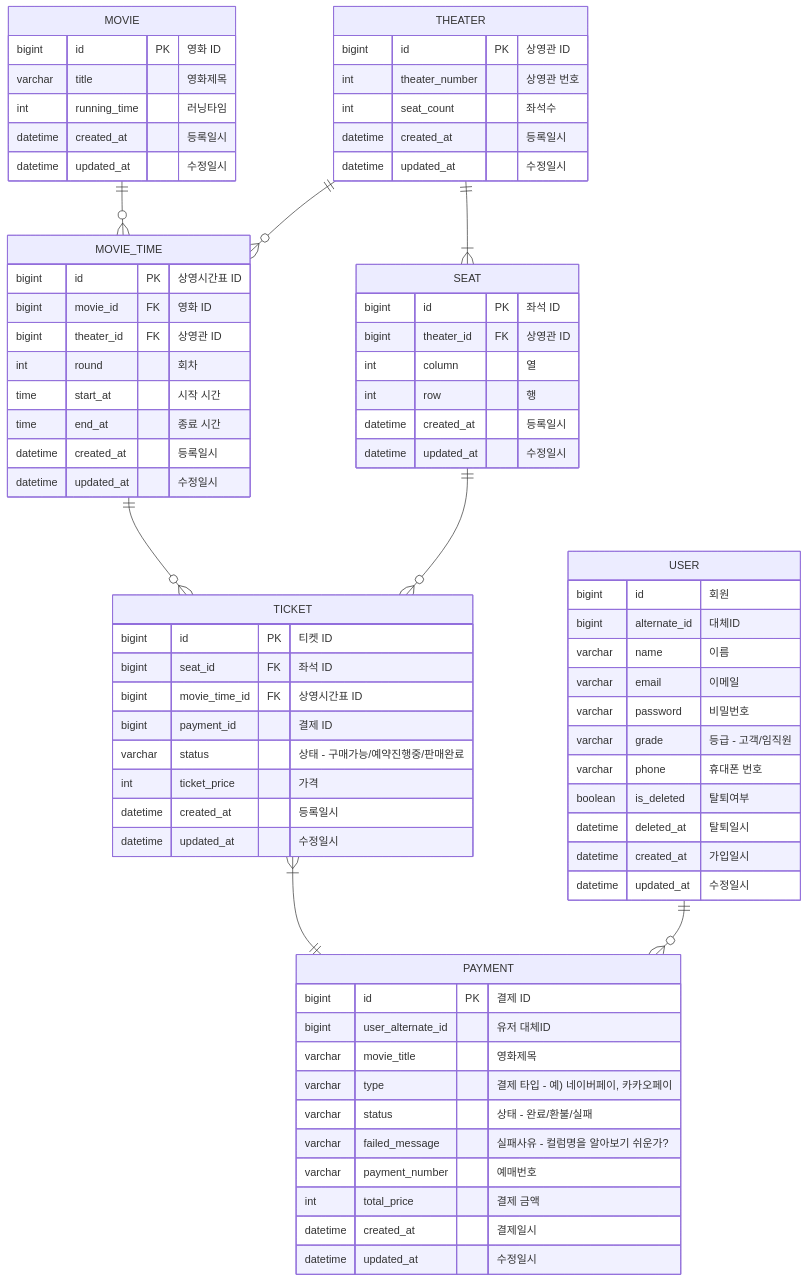
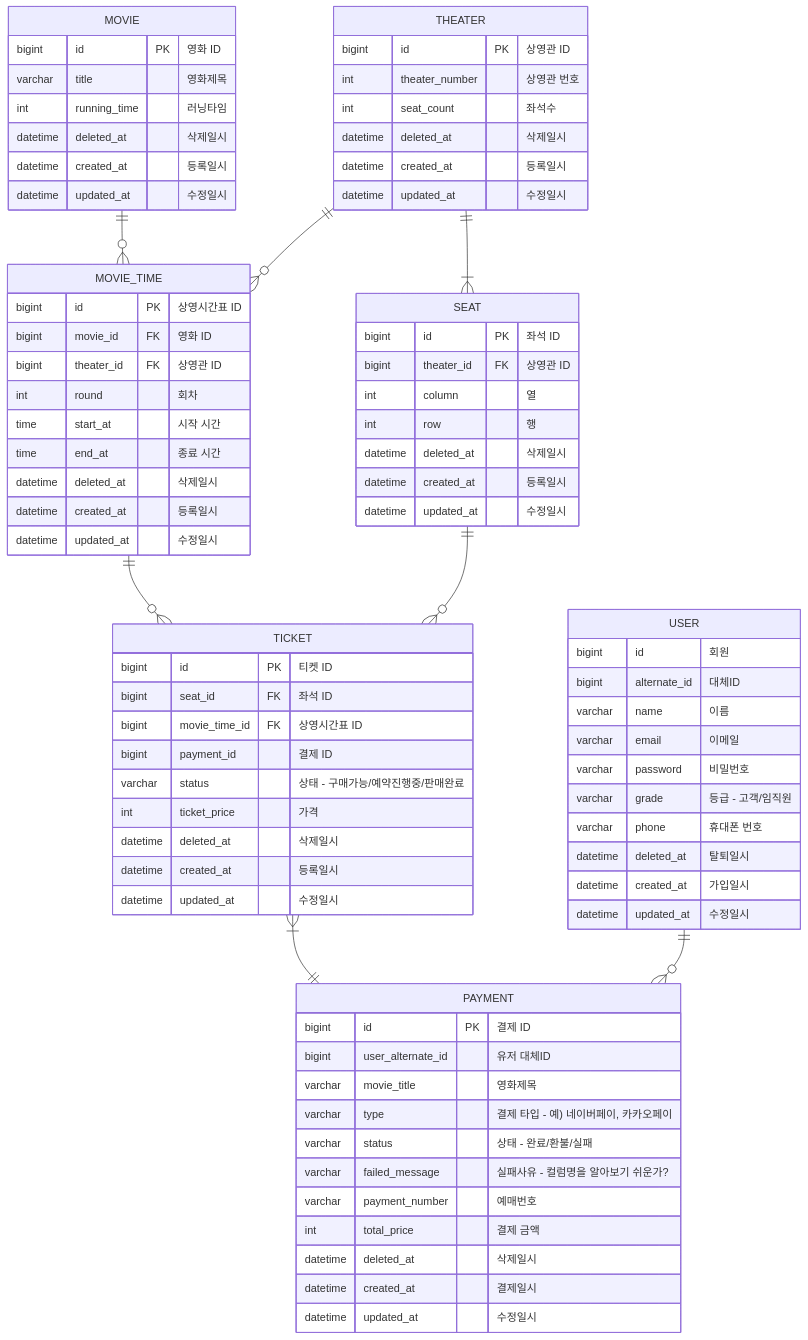
The diagram in README.md (f-lab-edu/Ticketing), drawn with Mermaid before and after one commit.

````diff
--- a/README.md
+++ b/README.md
@@ -45,77 +45,82 @@
 ``` mermaid
 erDiagram
     MOVIE ||--o{ MOVIE_TIME : ""
     MOVIE {
         bigint id PK "영화 ID"
         varchar title "영화제목"
         int running_time "러닝타임"
+        datetime deleted_at "삭제일시"
         datetime created_at "등록일시"
         datetime updated_at "수정일시"
     }
     THEATER ||--o{ MOVIE_TIME : ""
     THEATER ||--|{ SEAT : ""
     THEATER {
         bigint id PK "상영관 ID"
         int theater_number "상영관 번호"
         int seat_count "좌석수"
+        datetime deleted_at "삭제일시"
         datetime created_at "등록일시"
         datetime updated_at "수정일시"
     }
     SEAT ||--o{ TICKET : ""
     SEAT {
         bigint id PK "좌석 ID"
         bigint theater_id FK "상영관 ID"
         int column "열"
         int row "행"
+        datetime deleted_at "삭제일시"
         datetime created_at "등록일시"
         datetime updated_at "수정일시"
     }
     MOVIE_TIME ||--o{ TICKET : ""
     MOVIE_TIME {
         bigint id PK "상영시간표 ID"
         bigint movie_id FK "영화 ID"
         bigint theater_id FK "상영관 ID"
         int round "회차"
         time start_at "시작 시간"
         time end_at "종료 시간"
+        datetime deleted_at "삭제일시"
         datetime created_at "등록일시"
         datetime updated_at "수정일시"
     }
     TICKET {
         bigint id PK "티켓 ID"
         bigint seat_id FK "좌석 ID"
         bigint movie_time_id FK "상영시간표 ID"
         bigint payment_id "결제 ID"
         varchar status "상태 - 구매가능/예약진행중/판매완료"
         int ticket_price "가격"
+        datetime deleted_at "삭제일시"
         datetime created_at "등록일시"
         datetime updated_at "수정일시"
     }
     TICKET }|--|| PAYMENT : ""
     PAYMENT {
         bigint id PK "결제 ID"
         bigint user_alternate_id "유저 대체ID"
         varchar movie_title "영화제목"
         varchar type "결제 타입 - 예) 네이버페이, 카카오페이"
         varchar status "상태 - 완료/환불/실패"
         varchar failed_message "실패사유 - 컬럼명을 알아보기 쉬운가?"
         varchar payment_number "예매번호"
         int total_price "결제 금액"
+        datetime deleted_at "삭제일시"
         datetime created_at "결제일시"
         datetime updated_at "수정일시"
     }
     USER ||--o{ PAYMENT : ""
     USER {
         bigint id "회원"
         bigint alternate_id "대체ID"
         varchar name "이름"
         varchar email "이메일"
         varchar password "비밀번호"
         varchar grade "등급 - 고객/임직원"
         varchar phone "휴대폰 번호"
-        boolean is_deleted "탈퇴여부"
         datetime deleted_at "탈퇴일시"
         datetime created_at "가입일시"
         datetime updated_at "수정일시"
     }
 ```
````
